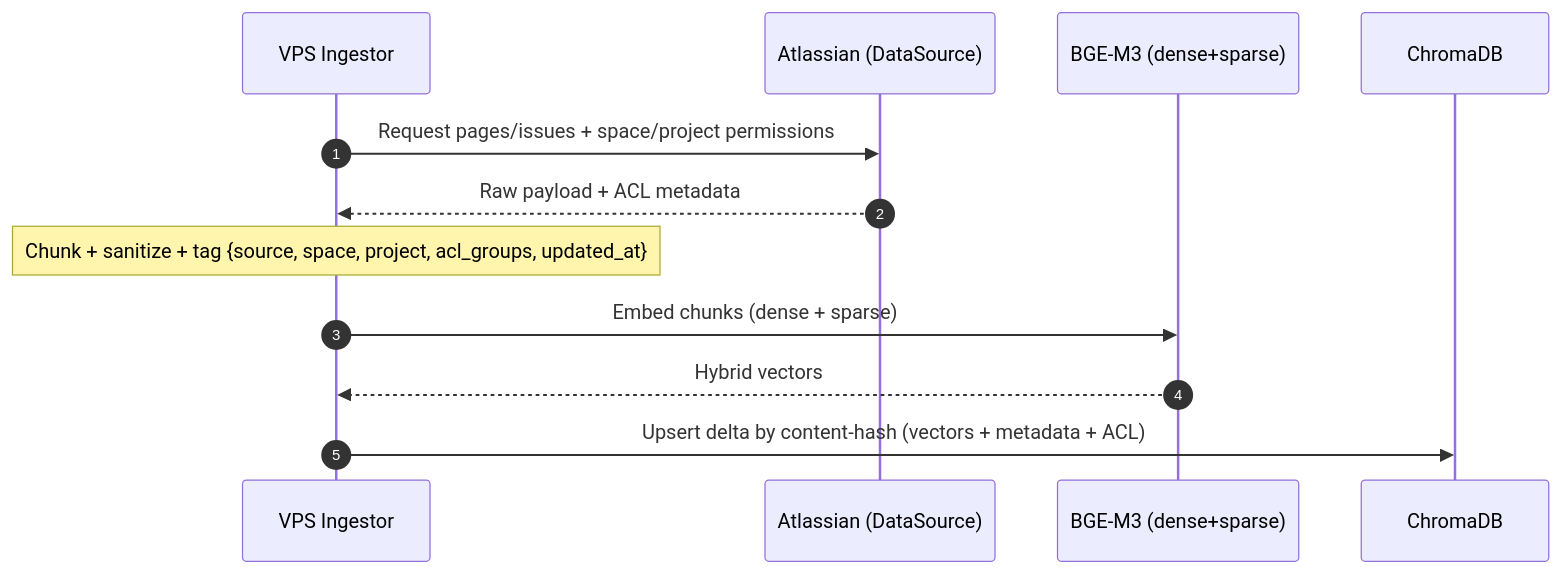
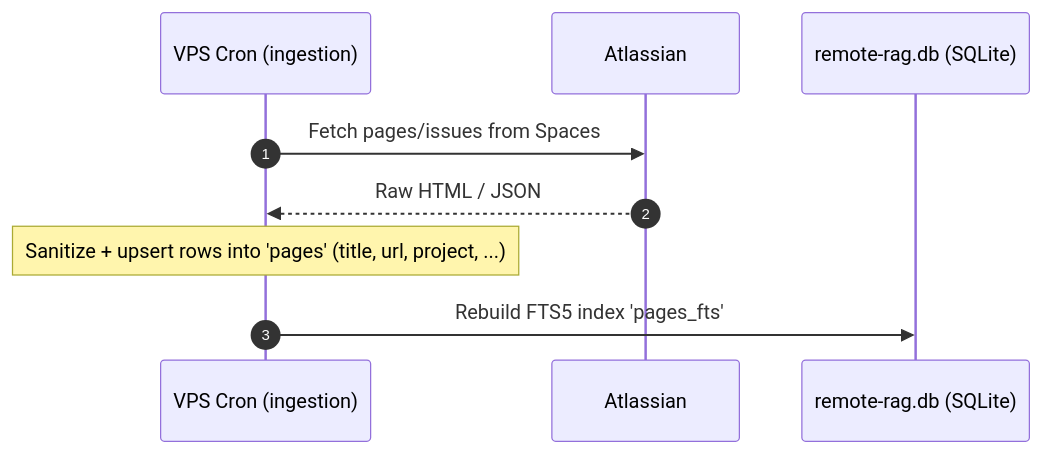
Before and after one commit to cachep-xidau/MCP-server: the third of 5 diagrams in README.md, drawn with Mermaid. The commit also changed other lines of this file and 4 other files, not shown here.

First line of the commit message:
refactor: align docs with real TS/SQLite/BM25 stack and enforce ACL

````diff
--- a/README.md
+++ b/README.md
@@ -105,15 +98,12 @@
 ```mermaid
 sequenceDiagram
     autonumber
-    participant VPS as VPS Ingestor
-    participant Atlas as Atlassian (DataSource)
-    participant Model as BGE-M3 (dense+sparse)
-    participant DB as ChromaDB
+    participant Cron as VPS Cron (ingestion)
+    participant Atlas as Atlassian
+    participant DB as remote-rag.db (SQLite)
 
-    VPS->>Atlas: Request pages/issues + space/project permissions
-    Atlas-->>VPS: Raw payload + ACL metadata
-    Note over VPS: Chunk + sanitize + tag {source, space, project, acl_groups, updated_at}
-    VPS->>Model: Embed chunks (dense + sparse)
-    Model-->>VPS: Hybrid vectors
-    VPS->>DB: Upsert delta by content-hash (vectors + metadata + ACL)
+    Cron->>Atlas: Fetch pages/issues from Spaces
+    Atlas-->>Cron: Raw HTML / JSON
+    Note over Cron: Sanitize + upsert rows into 'pages' (title, url, project, ...)
+    Cron->>DB: Rebuild FTS5 index 'pages_fts'
 ```
````
